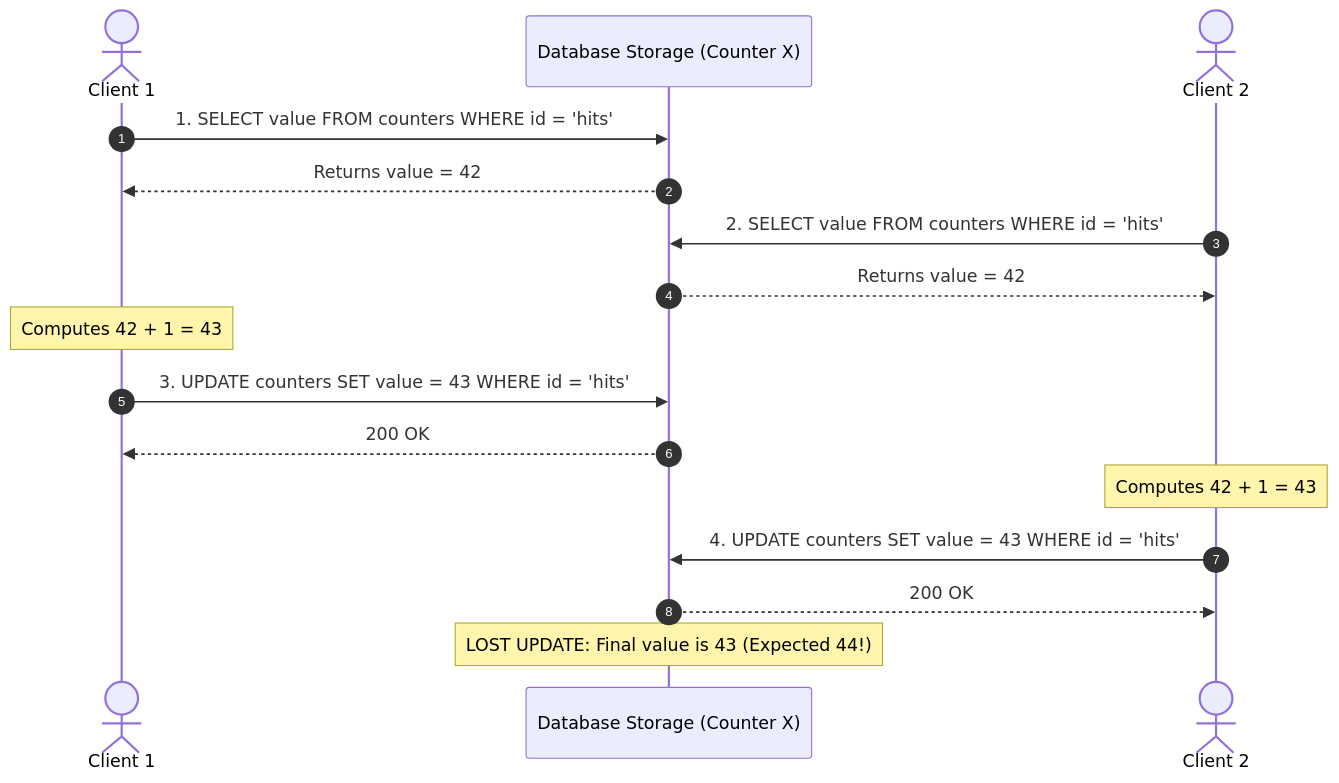
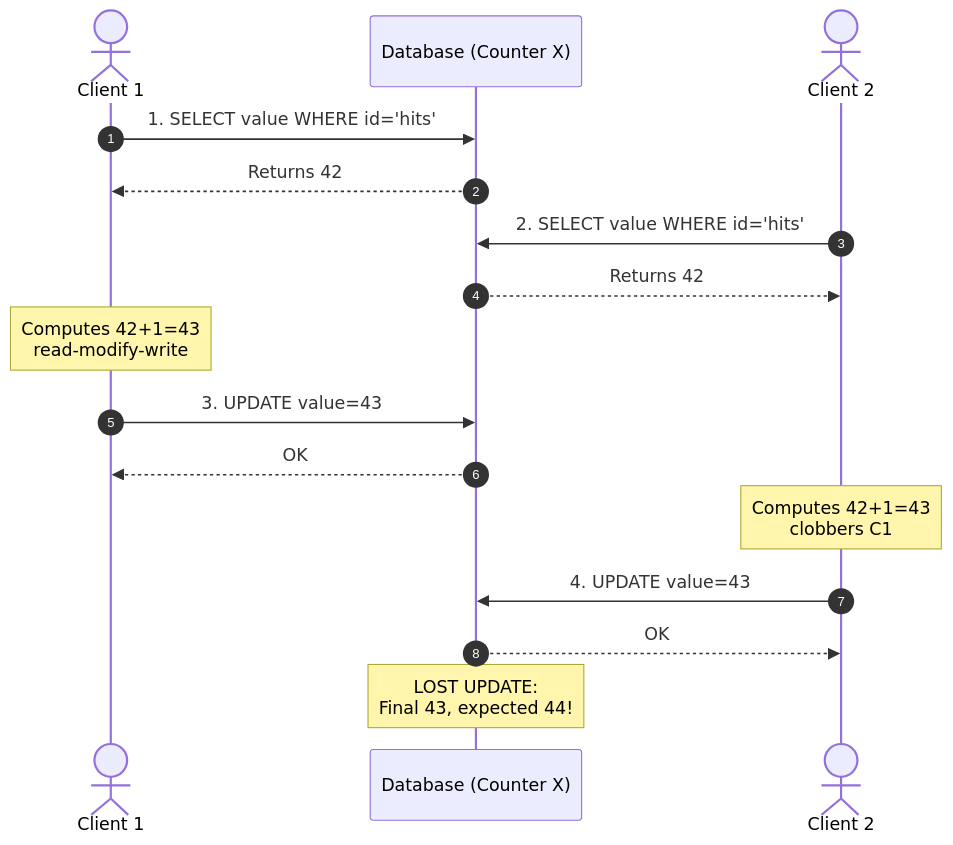
Before and after one commit to 1mimhe/books-summery: the first of 14 diagrams in 01 Designing Data-Intensive Applications/chapter-08-transactions.md, drawn with Mermaid. The commit also changed other lines of this file and 2 other files, not shown here.

Commit message:
docs(book01): forensic rewrite ch08-10 (14 txn figs+XSSI, fig 9-5/Byzantine, IDs/UUID consensus)

````diff
--- a/01 Designing Data-Intensive Applications/chapter-08-transactions.md
+++ b/01 Designing Data-Intensive Applications/chapter-08-transactions.md
@@ -245,23 +323,18 @@
 ```mermaid
 sequenceDiagram
   autonumber
   actor C1 as Client 1
-  participant DB as Database Storage (Counter X)
+  participant DB as Database (Counter X)
   actor C2 as Client 2
-
-  C1->>DB: 1. SELECT value FROM counters WHERE id = 'hits'
-  DB-->>C1: Returns value = 42
-
-  C2->>DB: 2. SELECT value FROM counters WHERE id = 'hits'
-  DB-->>C2: Returns value = 42
-
-  Note over C1: Computes 42 + 1 = 43
-  C1->>DB: 3. UPDATE counters SET value = 43 WHERE id = 'hits'
-  DB-->>C1: 200 OK
-
-  Note over C2: Computes 42 + 1 = 43
-  C2->>DB: 4. UPDATE counters SET value = 43 WHERE id = 'hits'
-  DB-->>C2: 200 OK
-
-  Note over DB: LOST UPDATE: Final value is 43 (Expected 44!)
+  C1->>DB: 1. SELECT value WHERE id='hits'
+  DB-->>C1: Returns 42
+  C2->>DB: 2. SELECT value WHERE id='hits'
+  DB-->>C2: Returns 42
+  Note over C1: Computes 42+1=43<br/>read-modify-write
+  C1->>DB: 3. UPDATE value=43
+  DB-->>C1: OK
+  Note over C2: Computes 42+1=43<br/>clobbers C1
+  C2->>DB: 4. UPDATE value=43
+  DB-->>C2: OK
+  Note over DB: LOST UPDATE:<br/>Final 43, expected 44!
 ```
````
